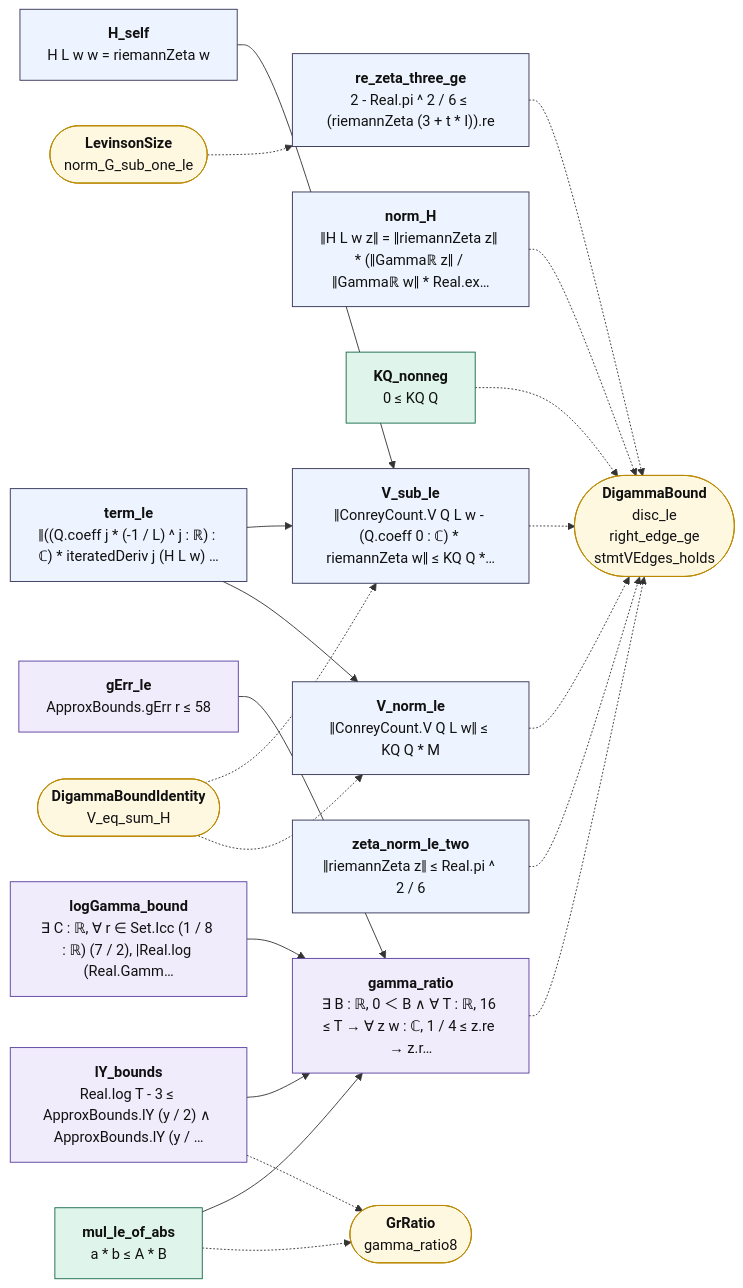
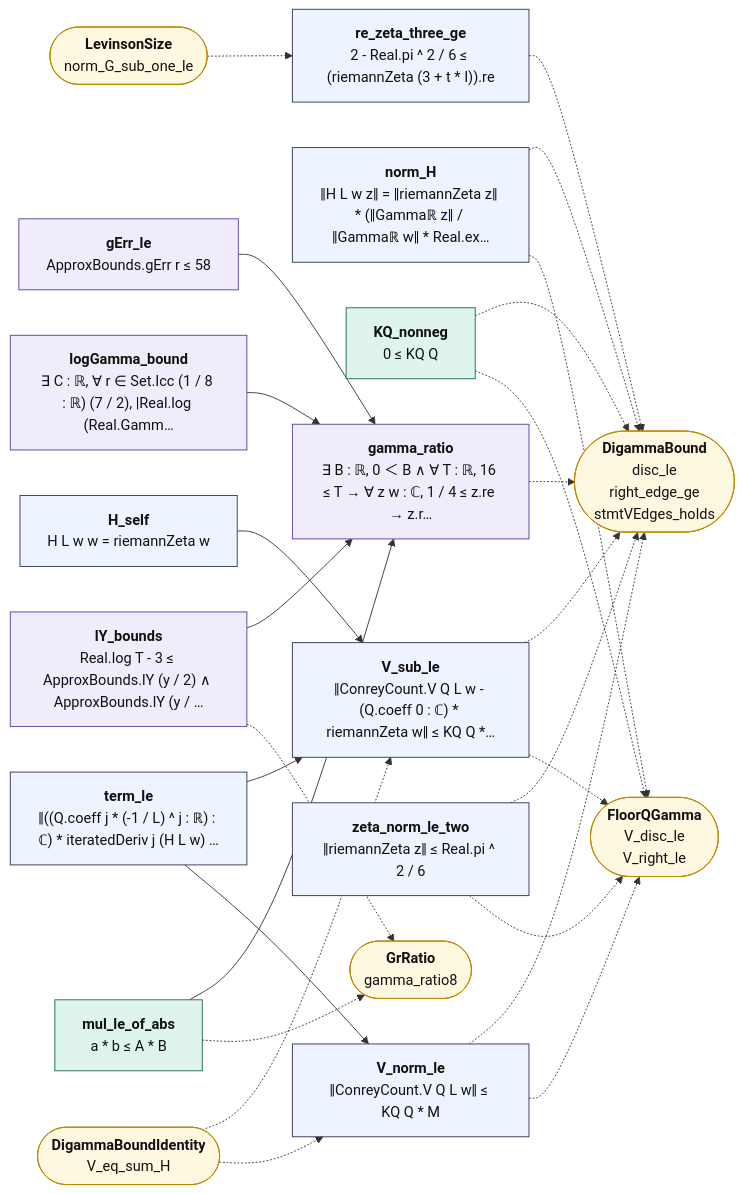
Before and after one commit to juliansambranojr/Primebeat_081426: the diagram in map/lean_stage3/DigammaBoundSize.md, drawn with Mermaid. The commit also changed other lines of this file and 70 other files, not shown here.

````diff
--- a/map/lean_stage3/DigammaBoundSize.md
+++ b/map/lean_stage3/DigammaBoundSize.md
@@ -14,47 +14,53 @@
 ```mermaid
 flowchart LR
   n0["<b>lY_bounds</b><br/>Real.log T - 3 ≤ ApproxBounds.lY (y / 2) ∧ ApproxBounds.lY (y / …"]:::shp
   n1["<b>gErr_le</b><br/>ApproxBounds.gErr r ≤ 58"]:::shp
   n2["<b>logGamma_bound</b><br/>∃ C : ℝ, ∀ r ∈ Set.Icc (1 / 8 : ℝ) (7 / 2), |Real.log (Real.Gamm…"]:::shp
   n3["<b>mul_le_of_abs</b><br/>a * b ≤ A * B"]:::cnt
   n4["<b>gamma_ratio</b><br/>∃ B : ℝ, 0 ＜ B ∧ ∀ T : ℝ, 16 ≤ T → ∀ z w : ℂ, 1 / 4 ≤ z.re → z.r…"]:::shp
   n5["<b>norm_H</b><br/>‖H L w z‖ = ‖riemannZeta z‖ * (‖Gammaℝ z‖ / ‖Gammaℝ w‖ * Real.ex…"]:::thm
   n6["<b>H_self</b><br/>H L w w = riemannZeta w"]:::thm
   n7["<b>KQ_nonneg</b><br/>0 ≤ KQ Q"]:::cnt
   n8["<b>term_le</b><br/>‖((Q.coeff j * (-1 / L) ^ j : ℝ) : ℂ) * iteratedDeriv j (H L w) …"]:::thm
   n9["<b>V_norm_le</b><br/>‖ConreyCount.V Q L w‖ ≤ KQ Q * M"]:::thm
   n10["<b>V_sub_le</b><br/>‖ConreyCount.V Q L w - (Q.coeff 0 : ℂ) * riemannZeta w‖ ≤ KQ Q *…"]:::thm
   n11["<b>zeta_norm_le_two</b><br/>‖riemannZeta z‖ ≤ Real.pi ^ 2 / 6"]:::thm
   n12["<b>re_zeta_three_ge</b><br/>2 - Real.pi ^ 2 / 6 ≤ (riemannZeta (3 + t * I)).re"]:::thm
   x0(["<b>GrRatio</b><br/>gamma_ratio8"]):::ext
   x1(["<b>DigammaBound</b><br/>disc_le<br/>right_edge_ge<br/>stmtVEdges_holds"]):::ext
-  x2(["<b>DigammaBoundIdentity</b><br/>V_eq_sum_H"]):::ext
-  x3(["<b>LevinsonSize</b><br/>norm_G_sub_one_le"]):::ext
+  x2(["<b>FloorQGamma</b><br/>V_disc_le<br/>V_right_le"]):::ext
+  x3(["<b>DigammaBoundIdentity</b><br/>V_eq_sum_H"]):::ext
+  x4(["<b>LevinsonSize</b><br/>norm_G_sub_one_le"]):::ext
   n0 --> n4
   n1 --> n4
   n2 --> n4
   n3 --> n4
   n6 --> n10
   n8 --> n10
   n8 --> n9
   n0 -.-> x0
   n10 -.-> x1
+  n10 -.-> x2
   n11 -.-> x1
+  n11 -.-> x2
   n12 -.-> x1
   n3 -.-> x0
   n4 -.-> x1
   n5 -.-> x1
+  n5 -.-> x2
   n7 -.-> x1
+  n7 -.-> x2
   n9 -.-> x1
-  x2 -.-> n10
-  x2 -.-> n9
-  x3 -.-> n12
+  n9 -.-> x2
+  x3 -.-> n10
+  x3 -.-> n9
+  x4 -.-> n12
   classDef cnt fill:#dff5ec,stroke:#17694a,color:#111
   classDef shp fill:#f1ecfb,stroke:#5b3fa0,color:#111
   classDef rh fill:#ffe5e5,stroke:#c22,color:#111,stroke-width:2px
   classDef thm fill:#eef4ff,stroke:#335,color:#111
   classDef end_ fill:#e7f7e7,stroke:#2a7,color:#111,stroke-width:2px
   classDef lone fill:#fff,stroke:#999,color:#111,stroke-dasharray:4 3
   classDef bad fill:#ffe5e5,stroke:#c22,color:#111,stroke-width:2px
   classDef ext fill:#fff8e1,stroke:#b80,color:#111
 ```
````
